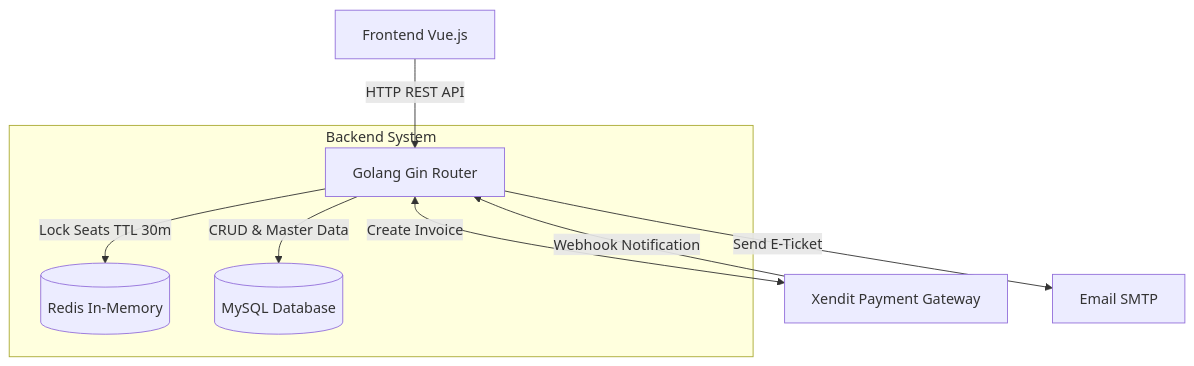
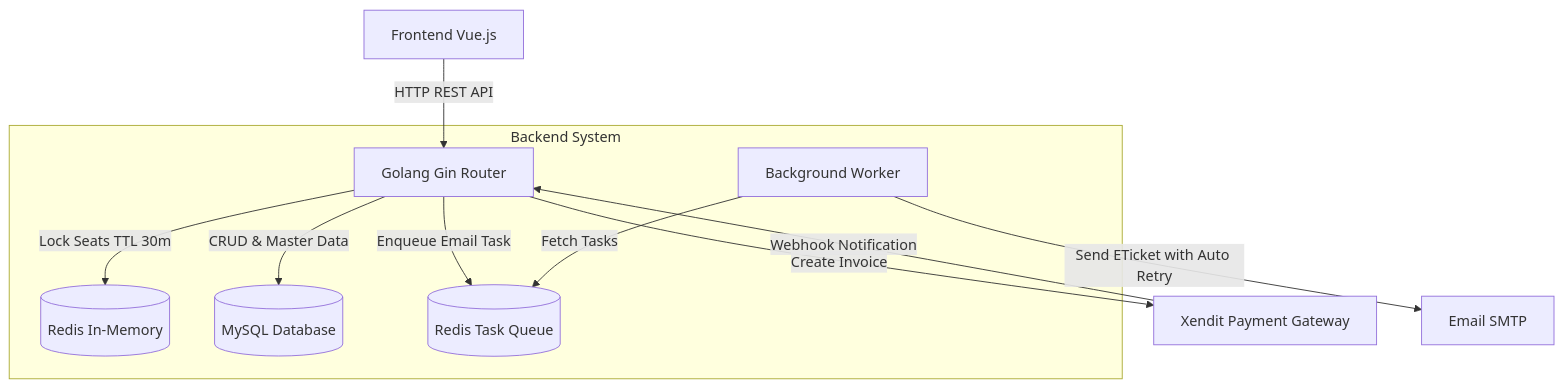
The first of 3 diagrams in .plans/backend_plan.md (marifyahya/mesenshuttle), drawn with Mermaid before and after one commit. The commit also changed other lines of this file, not shown here.

Commit message:
docs(plan): refine backend data types, add Asynq, and set expiry strategy

````diff
--- a/.plans/backend_plan.md
+++ b/.plans/backend_plan.md
@@ -9,13 +9,15 @@
 ```mermaid
 graph TD
     Client[Frontend Vue.js] -->|HTTP REST API| Gin[Golang Gin Router]
     
     subgraph Backend System
         Gin -->|Lock Seats TTL 30m| Redis[(Redis In-Memory)]
         Gin -->|CRUD & Master Data| DB[(MySQL Database)]
+        Gin -->|Enqueue Email Task| AsynqQueue[(Redis Task Queue)]
+        AsynqWorker[Background Worker] -->|Fetch Tasks| AsynqQueue
     end
     
-    Gin <-->|Create Invoice| Xendit[Xendit Payment Gateway]
+    Gin -->|Create Invoice| Xendit[Xendit Payment Gateway]
     Xendit -->|Webhook Notification| Gin
-    Gin -->|Send E-Ticket| SMTP[Email SMTP]
+    AsynqWorker -->|Send ETicket with Auto Retry| SMTP[Email SMTP]
 ```
````
